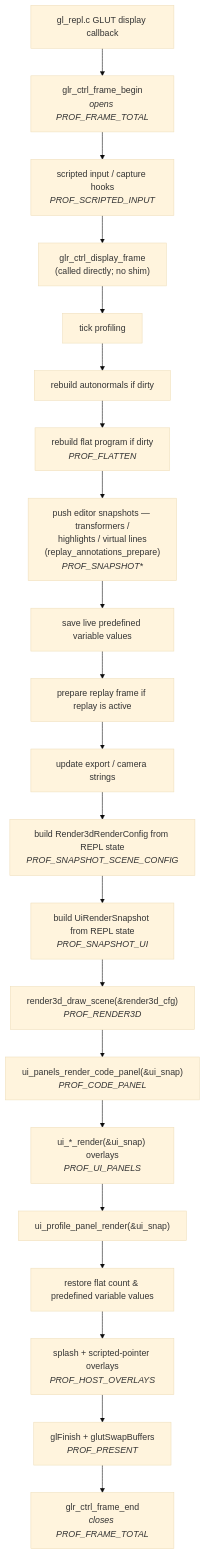
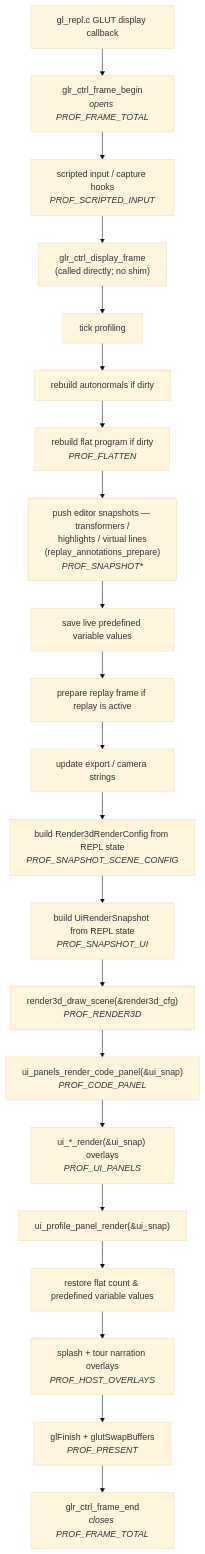
One commit to drewwoods/gl-repl changed the first of 2 diagrams in docs/ARCHITECTURE.md. Above: the diagram before and after it, drawn with Mermaid (base theme). The commit also changed other lines of this file and 8 other files, not shown here.

First line of the commit message:
refactor(prof): rename PROF_POINTER_OVERLAY to PROF_TOUR_OVERLAY

````diff
--- a/docs/ARCHITECTURE.md
+++ b/docs/ARCHITECTURE.md
@@ -130,23 +130,23 @@
 ```mermaid
 flowchart TD
     cb["gl_repl.c GLUT display callback"] --> fb["glr_ctrl_frame_begin<br/><i>opens PROF_FRAME_TOTAL</i>"]
     fb --> si["scripted input / capture hooks<br/><i>PROF_SCRIPTED_INPUT</i>"]
     si --> frame["glr_ctrl_display_frame<br/>(called directly; no shim)"]
     frame --> s1["tick profiling"]
     s1 --> s2["rebuild autonormals if dirty"]
     s2 --> s3["rebuild flat program if dirty<br/><i>PROF_FLATTEN</i>"]
     s3 --> s4["push editor snapshots — transformers /<br/>highlights / virtual lines<br/>(replay_annotations_prepare)<br/><i>PROF_SNAPSHOT*</i>"]
     s4 --> s5["save live predefined variable values"]
     s5 --> s6["prepare replay frame if replay is active"]
     s6 --> s7["update export / camera strings"]
     s7 --> s8["build Render3dRenderConfig from REPL state<br/><i>PROF_SNAPSHOT_SCENE_CONFIG</i>"]
     s8 --> s9["build UiRenderSnapshot from REPL state<br/><i>PROF_SNAPSHOT_UI</i>"]
     s9 --> s10["render3d_draw_scene(&render3d_cfg)<br/><i>PROF_RENDER3D</i>"]
     s10 --> s11["ui_panels_render_code_panel(&ui_snap)<br/><i>PROF_CODE_PANEL</i>"]
     s11 --> s12["ui_*_render(&ui_snap) overlays<br/><i>PROF_UI_PANELS</i>"]
     s12 --> s13["ui_profile_panel_render(&ui_snap)"]
     s13 --> s14["restore flat count & predefined variable values"]
-    s14 --> h1["splash + scripted-pointer overlays<br/><i>PROF_HOST_OVERLAYS</i>"]
+    s14 --> h1["splash + tour narration overlays<br/><i>PROF_HOST_OVERLAYS</i>"]
     h1 --> h2["glFinish + glutSwapBuffers<br/><i>PROF_PRESENT</i>"]
     h2 --> fe["glr_ctrl_frame_end<br/><i>closes PROF_FRAME_TOTAL</i>"]
 ```
````
